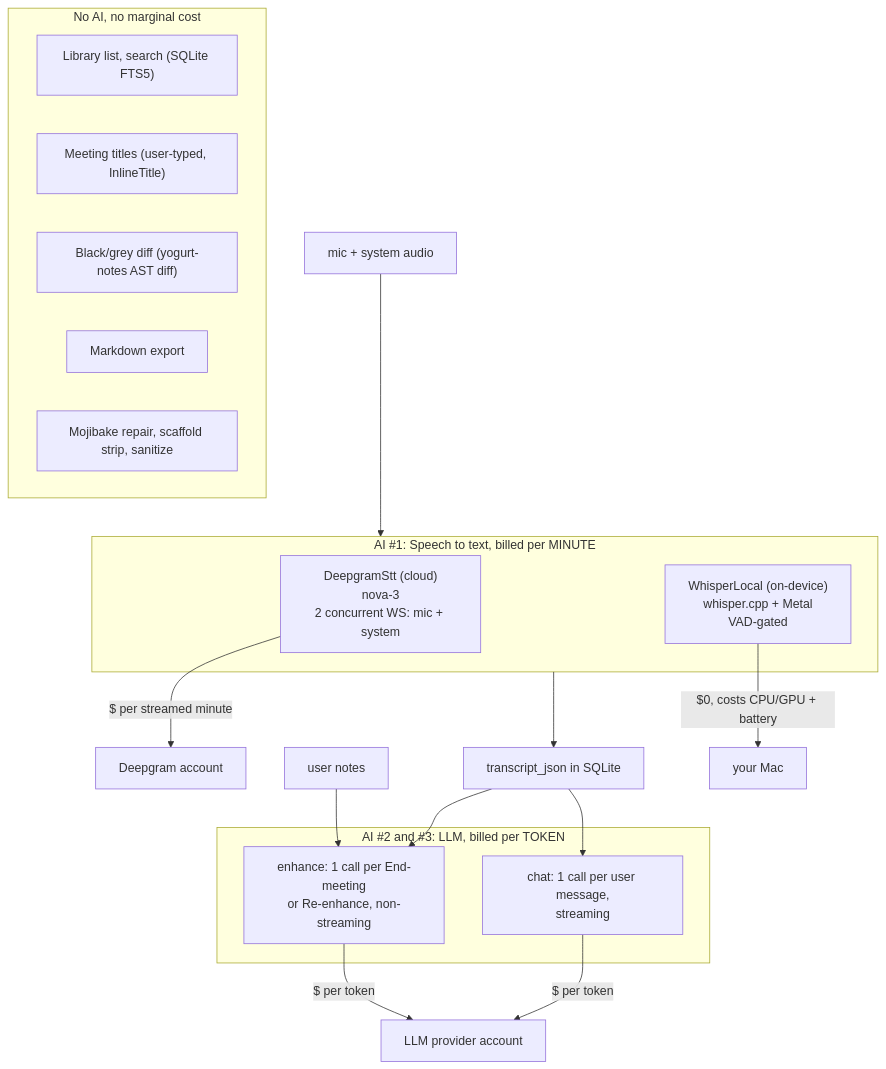
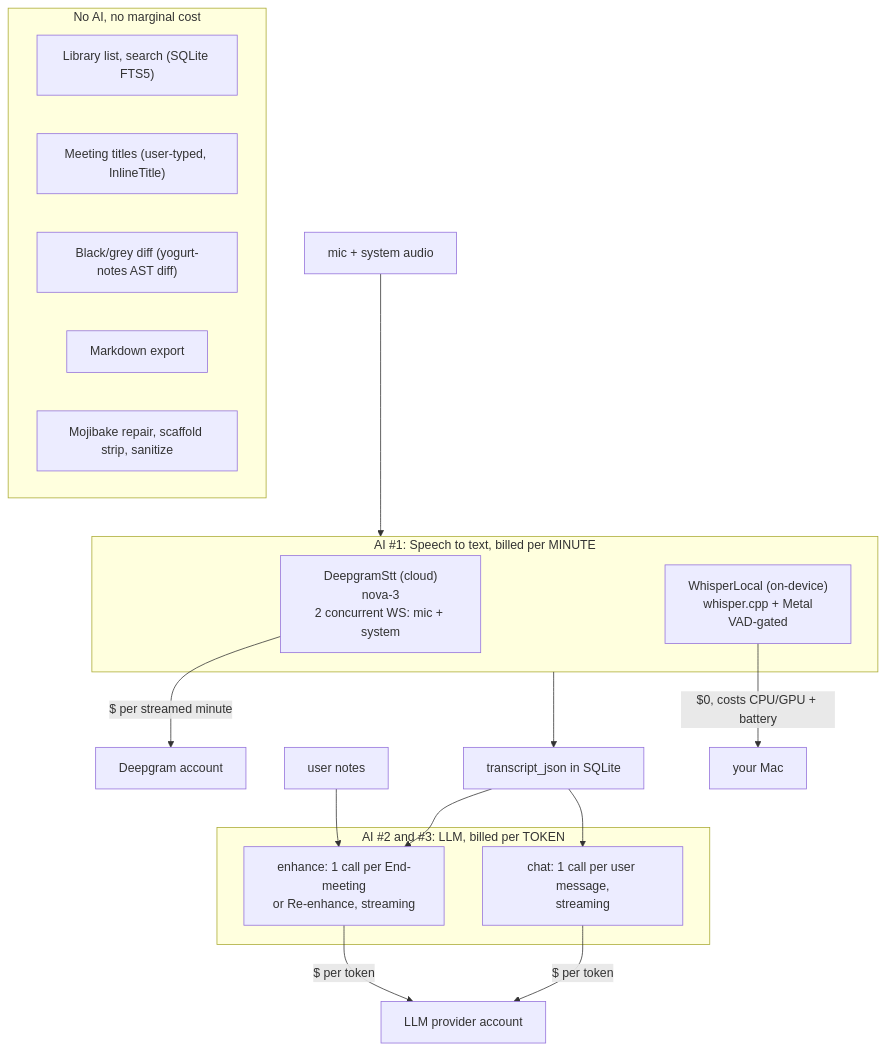
Diagram 11 of 11 in docs/ARCHITECTURE.md (jarvisrchen/yogurt), drawn with Mermaid before and after one commit. The commit also changed other lines of this file and 3 other files, not shown here.

````diff
--- a/docs/ARCHITECTURE.md
+++ b/docs/ARCHITECTURE.md
@@ -620,31 +623,31 @@
 ```mermaid
 graph TB
     subgraph Free["No AI, no marginal cost"]
         LIB["Library list, search (SQLite FTS5)"]
         TITLE["Meeting titles (user-typed, InlineTitle)"]
         MERGE["Black/grey diff (yogurt-notes AST diff)"]
         EXPORT["Markdown export"]
         SAN["Mojibake repair, scaffold strip, sanitize"]
     end
 
     subgraph STTBox["AI #1: Speech to text, billed per MINUTE"]
         DGC["DeepgramStt (cloud)<br/>nova-3<br/>2 concurrent WS: mic + system"]
         WL["WhisperLocal (on-device)<br/>whisper.cpp + Metal<br/>VAD-gated"]
     end
 
     subgraph LLMBox["AI #2 and #3: LLM, billed per TOKEN"]
-        ENH["enhance: 1 call per End-meeting<br/>or Re-enhance, non-streaming"]
+        ENH["enhance: 1 call per End-meeting<br/>or Re-enhance, streaming"]
         CHT["chat: 1 call per user message,<br/>streaming"]
     end
 
     MIC["mic + system audio"] --> STTBox
     STTBox --> TXT["transcript_json in SQLite"]
     TXT --> ENH
     TXT --> CHT
     NOTES3["user notes"] --> ENH
 
     DGC -->|"$ per streamed minute"| BILL1["Deepgram account"]
     WL -->|"$0, costs CPU/GPU + battery"| BILL2["your Mac"]
     ENH -->|"$ per token"| BILL3["LLM provider account"]
     CHT -->|"$ per token"| BILL3
 ```
````
